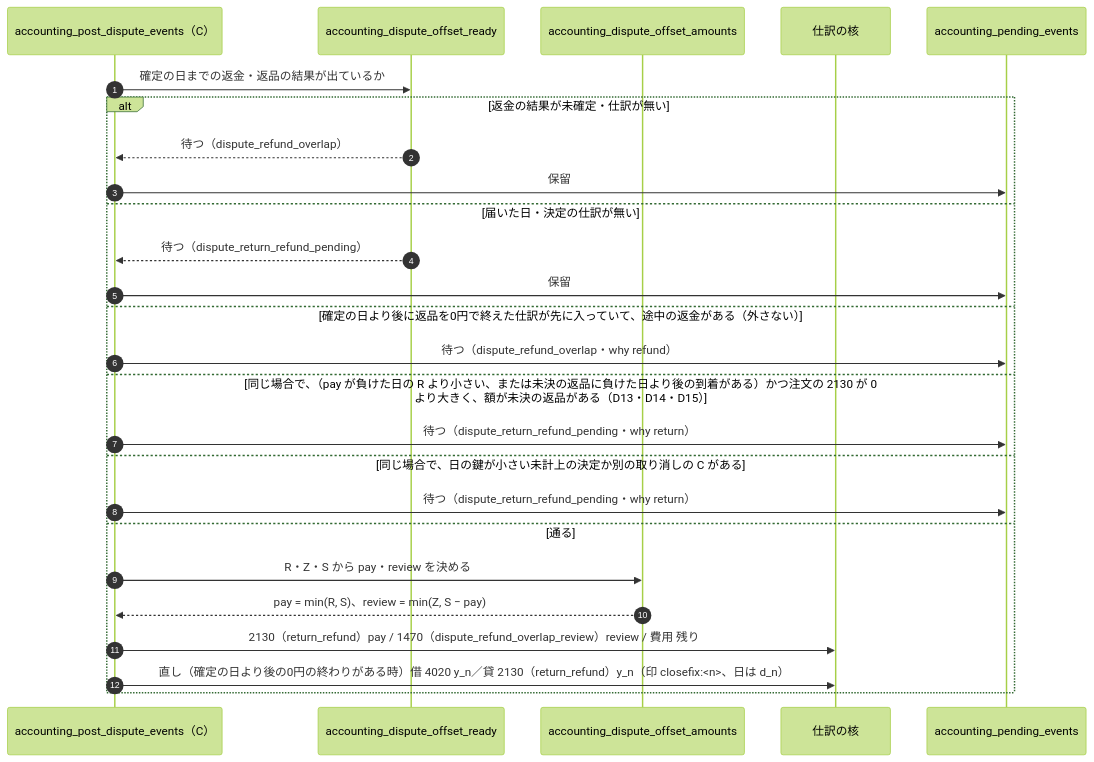
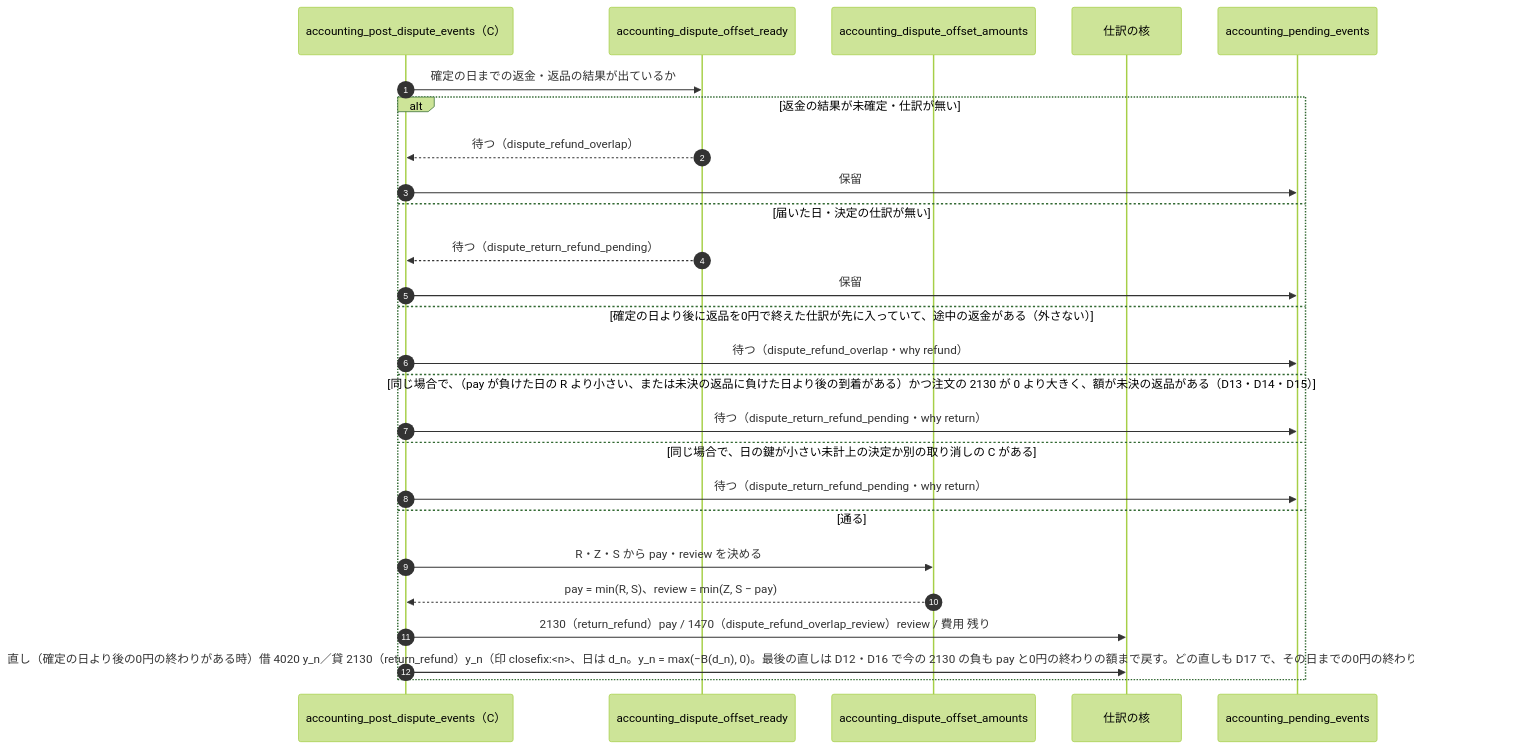
Before and after one commit to ChocoWork/o_official: the seventh of 7 diagrams in docs/04_DetailDesign/sequence/accounting-posting.md, drawn with Mermaid (forest theme). The commit also changed other lines of this file and 6 other files, not shown here.

````diff
--- a/docs/04_DetailDesign/sequence/accounting-posting.md
+++ b/docs/04_DetailDesign/sequence/accounting-posting.md
@@ -261,28 +261,28 @@
 ```mermaid
 sequenceDiagram
   autonumber
   participant D as accounting_post_dispute_events（C）
   participant K as accounting_dispute_offset_ready
   participant A as accounting_dispute_offset_amounts
   participant C as 仕訳の核
   participant Q as accounting_pending_events
   D->>K: 確定の日までの返金・返品の結果が出ているか
   alt 返金の結果が未確定・仕訳が無い
     K-->>D: 待つ（dispute_refund_overlap）
     D->>Q: 保留
   else 届いた日・決定の仕訳が無い
     K-->>D: 待つ（dispute_return_refund_pending）
     D->>Q: 保留
   else 確定の日より後に返品を0円で終えた仕訳が先に入っていて、途中の返金がある（外さない）
     D->>Q: 待つ（dispute_refund_overlap・why refund）
   else 同じ場合で、（pay が負けた日の R より小さい、または未決の返品に負けた日より後の到着がある）かつ注文の 2130 が 0 より大きく、額が未決の返品がある（D13・D14・D15）
     D->>Q: 待つ（dispute_return_refund_pending・why return）
   else 同じ場合で、日の鍵が小さい未計上の決定か別の取り消しの C がある
     D->>Q: 待つ（dispute_return_refund_pending・why return）
   else 通る
     D->>A: R・Z・S から pay・review を決める
     A-->>D: pay = min(R, S)、review = min(Z, S − pay)
     D->>C: 2130（return_refund）pay / 1470（dispute_refund_overlap_review）review / 費用 残り
-    D->>C: 直し（確定の日より後の0円の終わりがある時）借 4020 y_n／貸 2130（return_refund）y_n（印 closefix:<n>、日は d_n）
+    D->>C: 直し（確定の日より後の0円の終わりがある時）借 4020 y_n／貸 2130（return_refund）y_n（印 closefix:<n>、日は d_n。y_n = max(−B(d_n), 0)。最後の直しは D12・D16 で今の 2130 の負も pay と0円の終わりの額まで戻す。どの直しも D17 で、その日までの0円の終わりが取った額に上限）
   end
 ```
````
